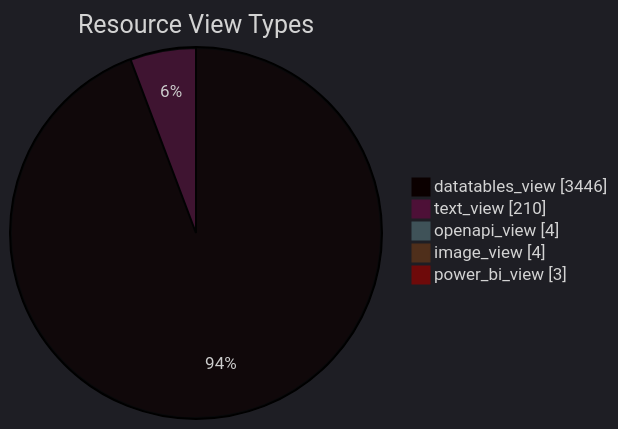
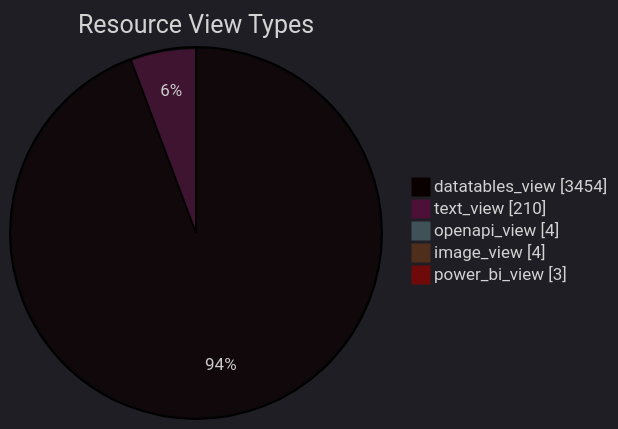
One commit to open-data/analytics-corporate-reporting changed the diagram in datastore_tracker/resource_view_types_pie_chart.md. Above: the diagram before and after it, drawn with Mermaid. The commit also changed 9 other files, not shown here.

````diff
--- a/datastore_tracker/resource_view_types_pie_chart.md
+++ b/datastore_tracker/resource_view_types_pie_chart.md
@@ -2,12 +2,12 @@
 ```mermaid
 ---
 config:
   theme: dark
 ---
 pie showData title Resource View Types
-    "datatables_view": 3446
+    "datatables_view": 3454
     "text_view": 210
     "openapi_view": 4
     "image_view": 4
     "power_bi_view": 3
 ```
````
